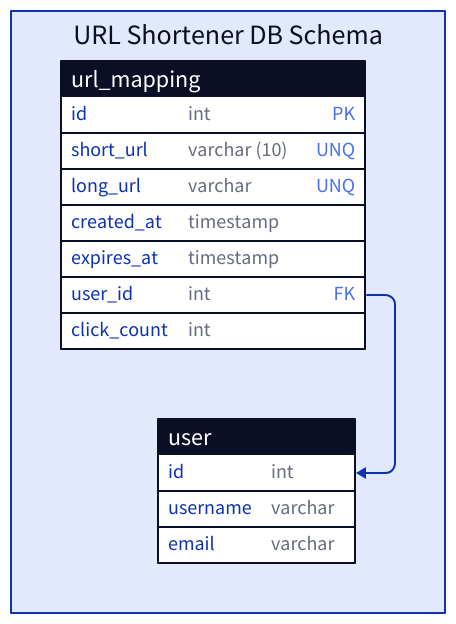
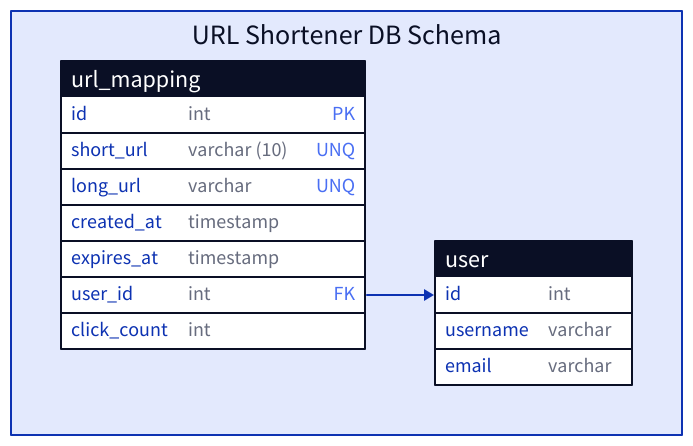
One commit to Akkisdiary/system-design changed the diagram in url-shortener/db-schema.d2. Above: the diagram before and after it, drawn with D2. The commit also changed 2 other files, not shown here.

```diff
--- a/url-shortener/db-schema.d2
+++ b/url-shortener/db-schema.d2
@@ -1,26 +1,26 @@
 vars: {
   d2-config: {
     layout-engine: elk
-    center: true
   }
 }
+direction: right
 db_model: "URL Shortener DB Schema" {
   url_mapping: {
     shape: sql_table
     id: int {constraint: primary_key}
     short_url: varchar (10) {constraint: unique}
     long_url: varchar {constraint: unique}
     created_at: timestamp
     expires_at: timestamp
     user_id: int {constraint: foreign_key}
     click_count: int
   }
 
   user: {
     shape: sql_table
     id: int
     username: varchar
     email: varchar
   }
   url_mapping.user_id -> user.id
 }
```
